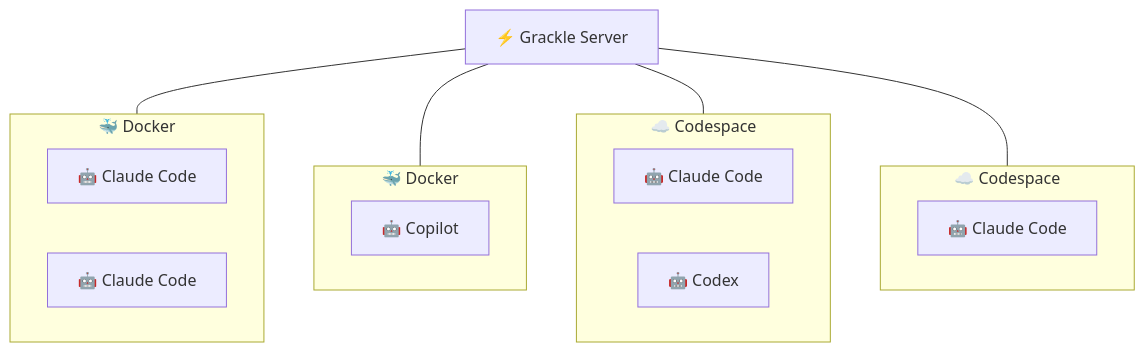
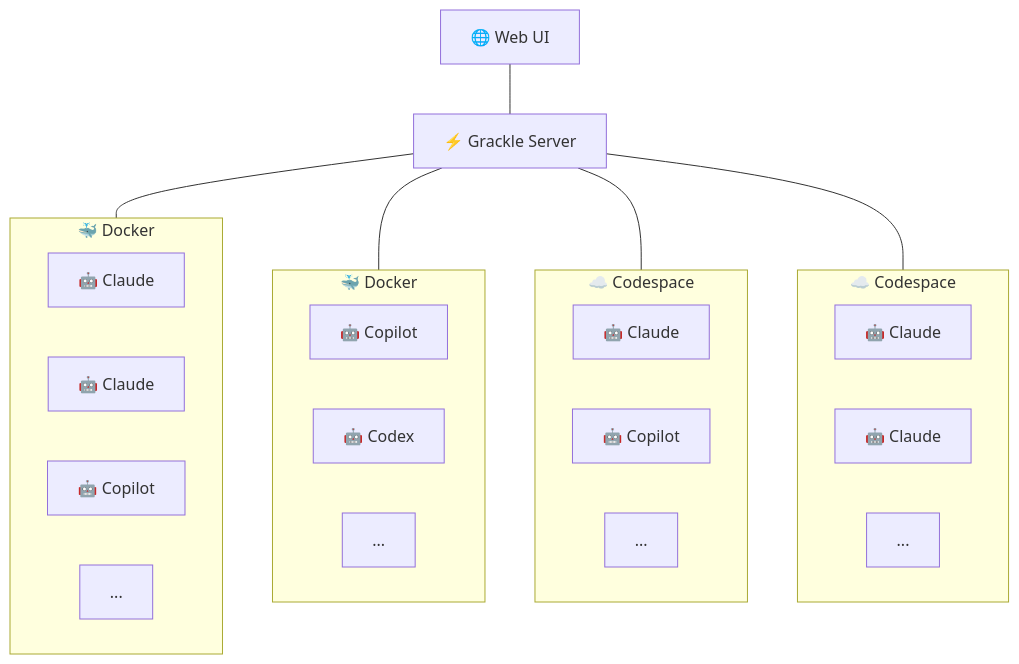
The fifth of 5 diagrams in README.md (nick-pape/grackle), drawn with Mermaid before and after one commit.

Commit message:
Topology: add Web UI, mix agent types across environments

````diff
--- a/README.md
+++ b/README.md
@@ -76,24 +76,23 @@
 ```mermaid
 graph TD
-    S["⚡ Grackle Server"]
+    UI["🌐 Web UI"]
+    UI --- S["⚡ Grackle Server"]
 
     subgraph D1["🐳 Docker"]
-        D1A["🤖 Claude Code"]
-        D1B["🤖 Claude Code"]
+        D1A["🤖 Claude"] & D1B["🤖 Claude"] & D1C["🤖 Copilot"] & D1D["..."]
     end
 
     subgraph D2["🐳 Docker"]
-        D2A["🤖 Copilot"]
+        D2A["🤖 Copilot"] & D2B["🤖 Codex"] & D2C["..."]
     end
 
     subgraph CS1["☁️ Codespace"]
-        CS1A["🤖 Claude Code"]
-        CS1B["🤖 Codex"]
+        CS1A["🤖 Claude"] & CS1B["🤖 Copilot"] & CS1C["..."]
     end
 
     subgraph CS2["☁️ Codespace"]
-        CS2A["🤖 Claude Code"]
+        CS2A["🤖 Claude"] & CS2B["🤖 Claude"] & CS2C["..."]
     end
 
     S --- D1 & D2 & CS1 & CS2
 ```
````
